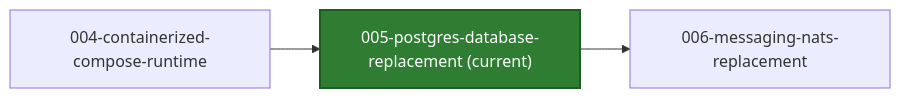
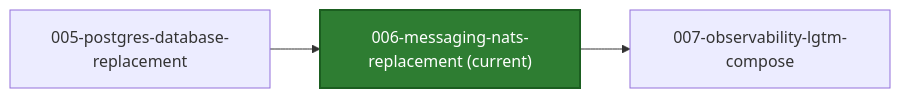
One commit to azure-octo/traderX changed the first of 2 diagrams in README.md. Above: the diagram before and after it, drawn with Mermaid. The commit also changed other lines of this file and 60 other files, not shown here.

First line of the commit message:
snapshot: 006-messaging-nats-replacement generated from a41e87908ebf8e9d2cd385280eacced32887bb1e

````diff
--- a/README.md
+++ b/README.md
@@ -21,10 +21,10 @@
 ```mermaid
 flowchart LR
-  S_CUR["005-postgres-database-replacement (current)"]
+  S_CUR["006-messaging-nats-replacement (current)"]
   style S_CUR fill:#2e7d32,stroke:#1b5e20,color:#ffffff,stroke-width:2px
-  S_PREV_004_containerized_compose_runtime["004-containerized-compose-runtime"] --> S_CUR
-  click S_PREV_004_containerized_compose_runtime href "https://github.com/finos/traderX/tree/code%2Fgenerated-state-004-containerized-compose-runtime" "Open branch"
-  S_CUR --> S_NEXT_006_messaging_nats_replacement["006-messaging-nats-replacement"]
-  click S_NEXT_006_messaging_nats_replacement href "https://github.com/finos/traderX/tree/code%2Fgenerated-state-006-messaging-nats-replacement" "Open branch"
-  click S_CUR href "https://github.com/finos/traderX/tree/code%2Fgenerated-state-005-postgres-database-replacement" "Open current branch"
+  S_PREV_005_postgres_database_replacement["005-postgres-database-replacement"] --> S_CUR
+  click S_PREV_005_postgres_database_replacement href "https://github.com/finos/traderX/tree/code%2Fgenerated-state-005-postgres-database-replacement" "Open branch"
+  S_CUR --> S_NEXT_007_observability_lgtm_compose["007-observability-lgtm-compose"]
+  click S_NEXT_007_observability_lgtm_compose href "https://github.com/finos/traderX/tree/code%2Fgenerated-state-007-observability-lgtm-compose" "Open branch"
+  click S_CUR href "https://github.com/finos/traderX/tree/code%2Fgenerated-state-006-messaging-nats-replacement" "Open current branch"
 ```
````
